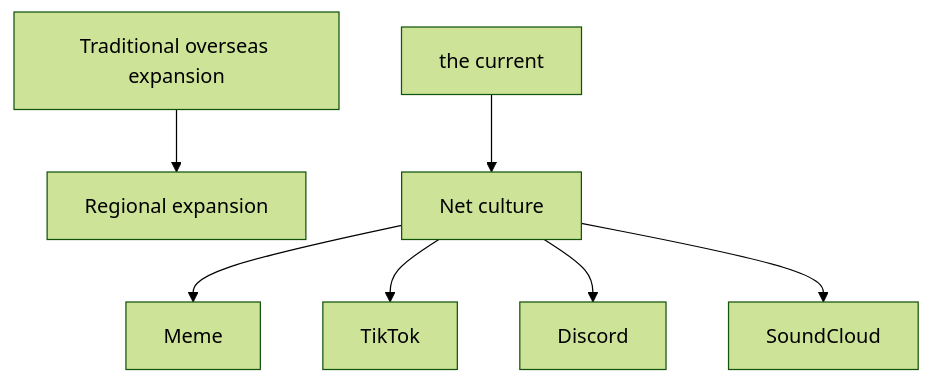
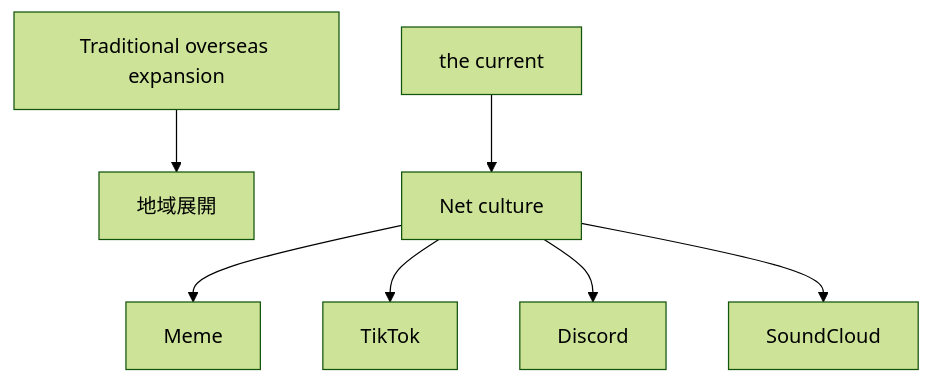
Before and after one commit to monumental-movement/monumental-movement.github.io: diagram 14 of 17 in en/_posts/2026-05-24-column-k-pop-indie-electronica.md, drawn with Mermaid (forest theme). The commit also changed other lines of this file and 2196 other files, not shown here.

```diff
--- a/en/_posts/2026-05-24-column-k-pop-indie-electronica.md
+++ b/en/_posts/2026-05-24-column-k-pop-indie-electronica.md
@@ -453,10 +453,10 @@
 <div class="mermaid">
 graph TD
-A["Traditional overseas expansion"] --> B["Regional expansion"]
+A["Traditional overseas expansion"] --> B["地域展開"]
 
 C["the current"] --> D["Net culture"]
 D --> E["Meme"]
 D --> F["TikTok"]
 D --> G["Discord"]
 D --> H["SoundCloud"]
 </div>
```
